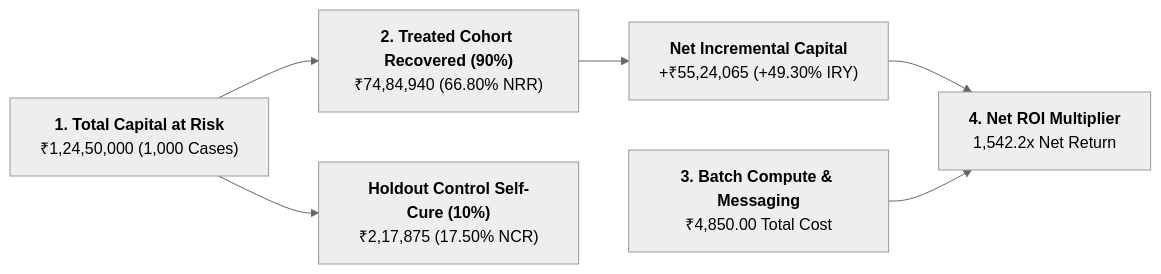
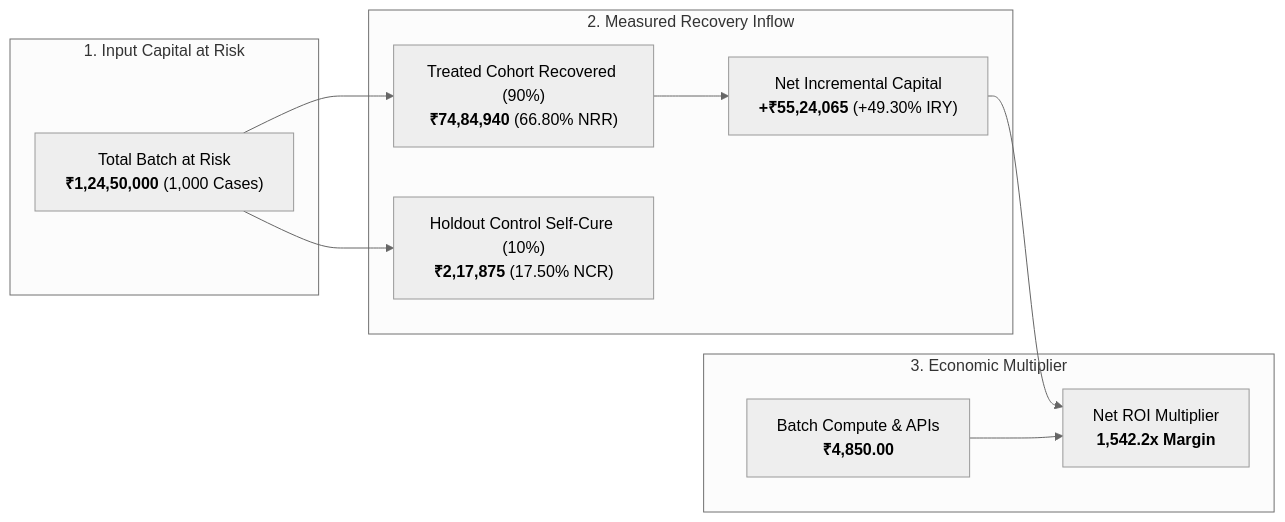
One commit to Adityaraj1969/Razorpay-Revenue-Recovery changed the first of 2 diagrams in docs/Evaluation.md. Above: the diagram before and after it, drawn with Mermaid (neutral theme). The commit also changed other lines of this file, not shown here.

Commit message:
fix(docs): eliminate KaTeX ampersand parse error in Section 2.4 formula

````diff
--- a/docs/Evaluation.md
+++ b/docs/Evaluation.md
@@ -104,17 +104,23 @@
 ```mermaid
 flowchart LR
-    CAP["<b>1. Total Capital at Risk</b><br/>₹1,24,50,000 (1,000 Cases)"]
-    
-    TREATED["<b>2. Treated Cohort Recovered (90%)</b><br/>₹74,84,940 (66.80% NRR)"]
-    CONTROL["<b>Holdout Control Self-Cure (10%)</b><br/>₹2,17,875 (17.50% NCR)"]
-    NET_CAP["<b>Net Incremental Capital</b><br/>+₹55,24,065 (+49.30% IRY)"]
-    
-    COST["<b>3. Batch Compute &amp; Messaging</b><br/>₹4,850.00 Total Cost"]
-    ROI["<b>4. Net ROI Multiplier</b><br/>1,542.2x Net Return"]
+    subgraph INPUT["1. Input Capital at Risk"]
+        CAP["Total Batch at Risk<br/><b>₹1,24,50,000</b> (1,000 Cases)"]
+    end
+
+    subgraph RECOVERY["2. Measured Recovery Inflow"]
+        TREATED["Treated Cohort Recovered (90%)<br/><b>₹74,84,940</b> (66.80% NRR)"]
+        CONTROL["Holdout Control Self-Cure (10%)<br/><b>₹2,17,875</b> (17.50% NCR)"]
+        NET_CAP["Net Incremental Capital<br/><b>+₹55,24,065</b> (+49.30% IRY)"]
+    end
+
+    subgraph EFFICIENCY["3. Economic Multiplier"]
+        COST["Batch Compute &amp; APIs<br/><b>₹4,850.00</b>"]
+        ROI["Net ROI Multiplier<br/><b>1,542.2x Margin</b>"]
+    end
 
     CAP --> TREATED
     CAP --> CONTROL
     TREATED --> NET_CAP
     NET_CAP --> ROI
     COST --> ROI
 ```
````
